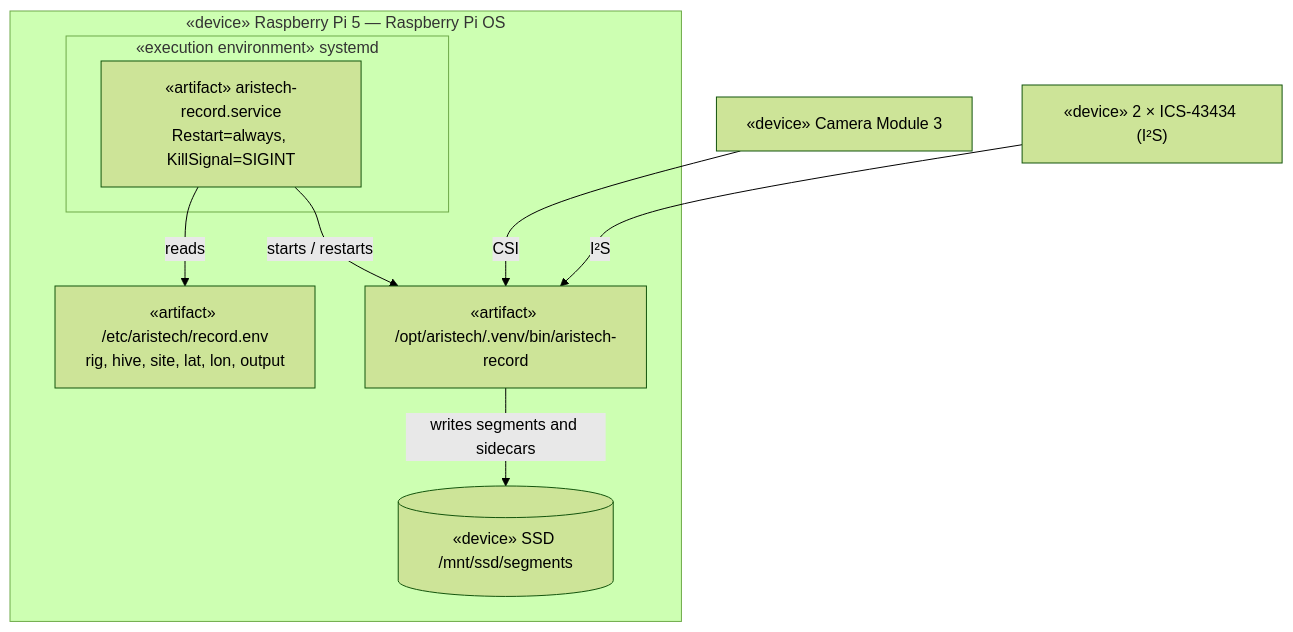
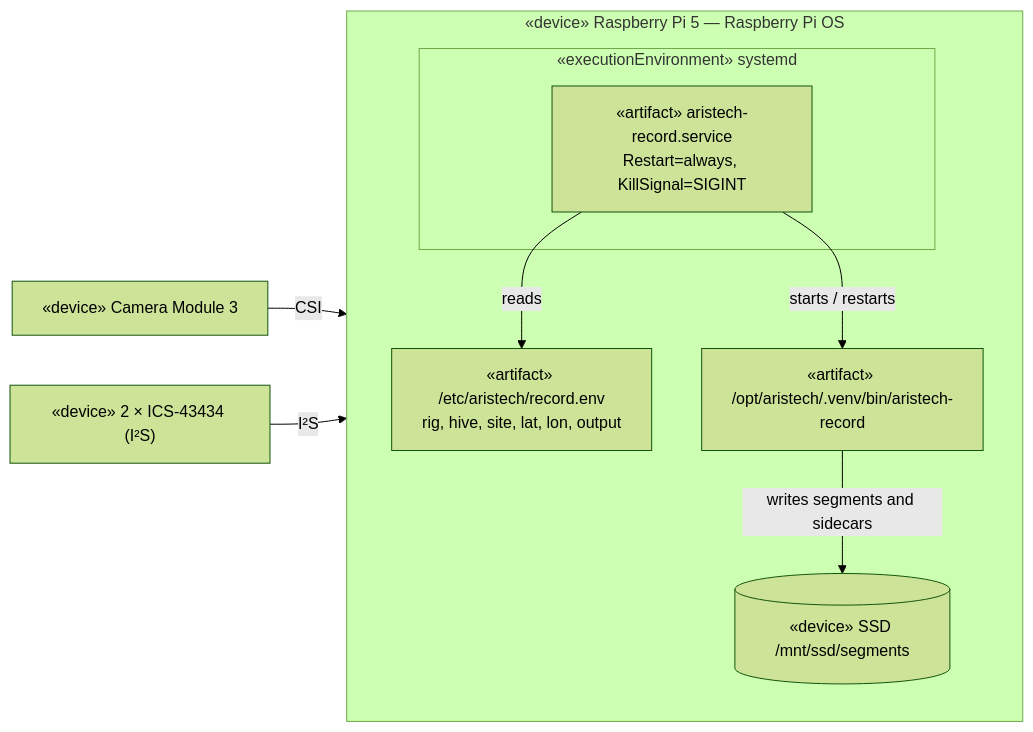
Before and after one commit to benoit-bremaud/aristech: the diagram in docs/architecture/diagrams/capture-rig/05-deployment.md, drawn with Mermaid (forest theme). The commit also changed other lines of this file and 7 other files, not shown here.

````diff
--- a/docs/architecture/diagrams/capture-rig/05-deployment.md
+++ b/docs/architecture/diagrams/capture-rig/05-deployment.md
@@ -14,19 +14,19 @@
 ```mermaid
-flowchart TB
+flowchart LR
     subgraph pi["«device» Raspberry Pi 5 — Raspberry Pi OS"]
-        subgraph systemd["«execution environment» systemd"]
+        subgraph systemd["«executionEnvironment» systemd"]
             unit["«artifact» aristech-record.service<br/>Restart=always, KillSignal=SIGINT"]
         end
         env["«artifact» /etc/aristech/record.env<br/>rig, hive, site, lat, lon, output"]
         app["«artifact» /opt/aristech/.venv/bin/aristech-record"]
         ssd[("«device» SSD /mnt/ssd/segments")]
     end
     cam["«device» Camera Module 3"]
     mics["«device» 2 × ICS-43434 (I²S)"]
 
     unit -- reads --> env
     unit -- starts / restarts --> app
     app -- writes segments and sidecars --> ssd
-    cam -- CSI --> app
-    mics -- I²S --> app
+    cam -- CSI --> pi
+    mics -- I²S --> pi
 ```
````
